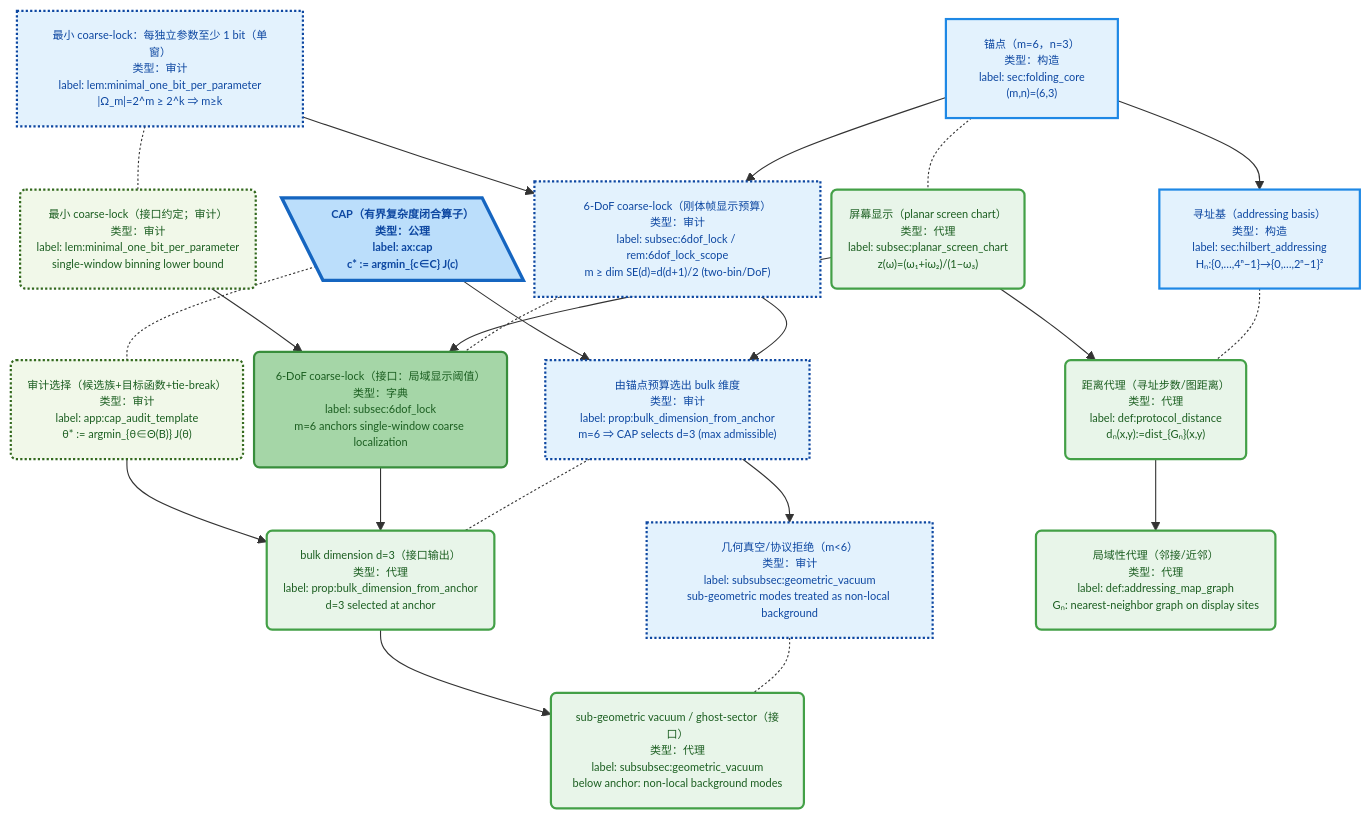
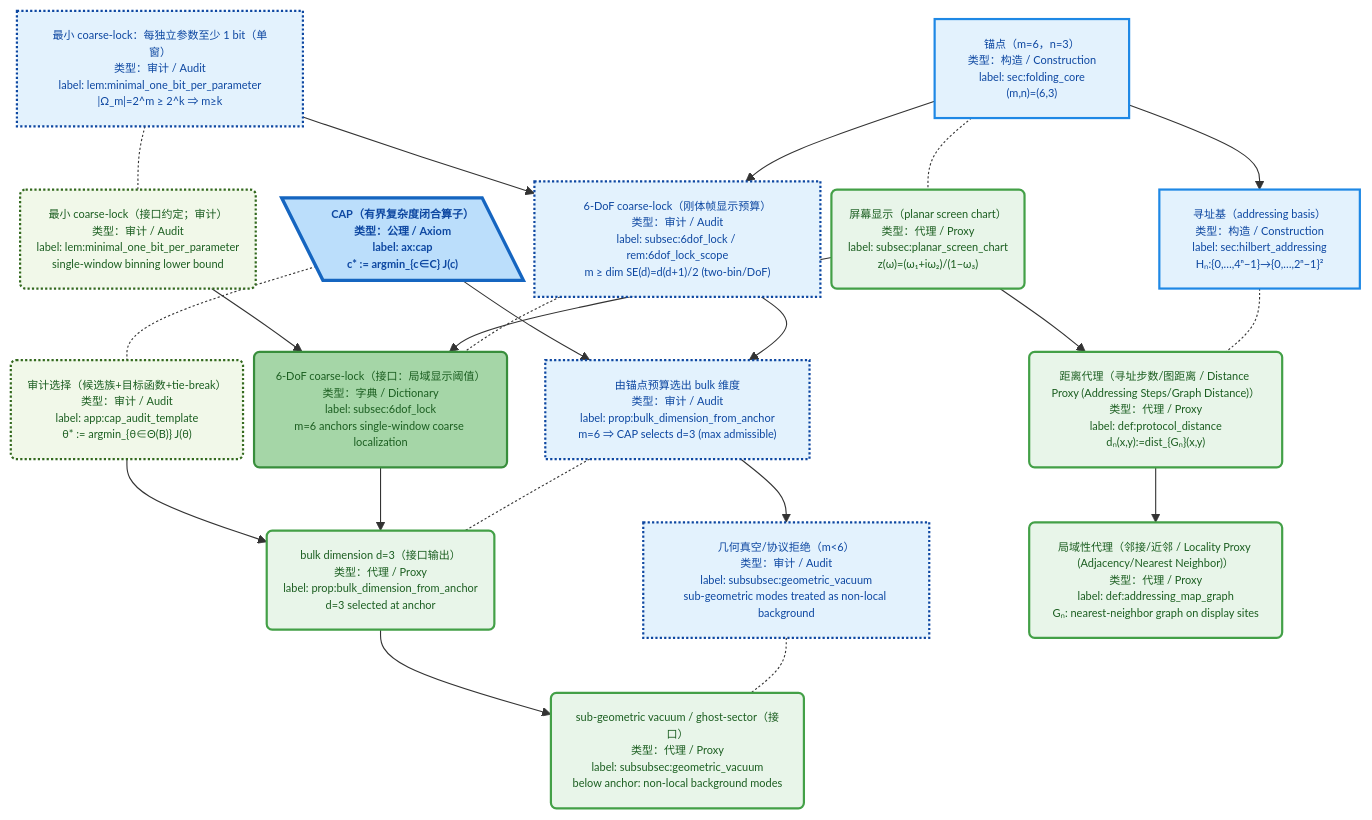
One commit to loning/the-omega changed the third of 11 diagrams in docs/papers/2025_z128_standard_model_stable_sector_hpa_omega/architecture_dag.md. Above: the diagram before and after it, drawn with Mermaid. The commit also changed other lines of this file, not shown here.

First line of the commit message:
Update architecture DAG with bilingual terminology and enhanced clarity

````diff
--- a/docs/papers/2025_z128_standard_model_stable_sector_hpa_omega/architecture_dag.md
+++ b/docs/papers/2025_z128_standard_model_stable_sector_hpa_omega/architecture_dag.md
@@ -220,71 +220,71 @@
 ```mermaid
 %%{init: {"maxTextSize": 100000, "flowchart": {"useMaxWidth": false, "nodeSpacing": 10, "rankSpacing": 50}, "themeVariables": {"fontSize": "10px"}}}%%
 flowchart TB
 
-  M_cap@{ shape: lean-l, label: "CAP（有界复杂度闭合算子）<br/>类型：公理<br/>label: ax:cap<br/>c* := argmin_{c∈C} J(c)" }
-  P_select("审计选择（候选族+目标函数+tie-break）<br/>类型：审计<br/>label: app:cap_audit_template<br/>θ* := argmin_{θ∈Θ(B)} J(θ)")
+  M_cap@{ shape: lean-l, label: "CAP（有界复杂度闭合算子）<br/>类型：公理 / Axiom<br/>label: ax:cap<br/>c* := argmin_{c∈C} J(c)" }
+  P_select("审计选择（候选族+目标函数+tie-break）<br/>类型：审计 / Audit<br/>label: app:cap_audit_template<br/>θ* := argmin_{θ∈Θ(B)} J(θ)")
   M_cap -.- P_select
 
-  M_anchor["锚点（m=6，n=3）<br/>类型：构造<br/>label: sec:folding_core<br/>(m,n)=(6,3)"]
-  P_screen("屏幕显示（planar screen chart）<br/>类型：代理<br/>label: subsec:planar_screen_chart<br/>z(ω)=(ω₁+iω₂)/(1−ω₃)")
+  M_anchor["锚点（m=6，n=3）<br/>类型：构造 / Construction<br/>label: sec:folding_core<br/>(m,n)=(6,3)"]
+  P_screen("屏幕显示（planar screen chart）<br/>类型：代理 / Proxy<br/>label: subsec:planar_screen_chart<br/>z(ω)=(ω₁+iω₂)/(1−ω₃)")
   M_anchor -.- P_screen
 
-  M_min_coarse_lock["最小 coarse-lock：每独立参数至少 1 bit（单窗）<br/>类型：审计<br/>label: lem:minimal_one_bit_per_parameter<br/>|Ω_m|=2^m ≥ 2^k ⇒ m≥k"]
-  P_min_coarse_lock("最小 coarse-lock（接口约定；审计）<br/>类型：审计<br/>label: lem:minimal_one_bit_per_parameter<br/>single-window binning lower bound")
+  M_min_coarse_lock["最小 coarse-lock：每独立参数至少 1 bit（单窗）<br/>类型：审计 / Audit<br/>label: lem:minimal_one_bit_per_parameter<br/>|Ω_m|=2^m ≥ 2^k ⇒ m≥k"]
+  P_min_coarse_lock("最小 coarse-lock（接口约定；审计）<br/>类型：审计 / Audit<br/>label: lem:minimal_one_bit_per_parameter<br/>single-window binning lower bound")
   M_min_coarse_lock -.- P_min_coarse_lock
 
-  M_6dof_lock["6-DoF coarse-lock（刚体帧显示预算）<br/>类型：审计<br/>label: subsec:6dof_lock / rem:6dof_lock_scope<br/>m ≥ dim SE(d)=d(d+1)/2 (two-bin/DoF)"]
-  P_6dof_lock("6-DoF coarse-lock（接口：局域显示阈值）<br/>类型：字典<br/>label: subsec:6dof_lock<br/>m=6 anchors single-window coarse localization")
+  M_6dof_lock["6-DoF coarse-lock（刚体帧显示预算）<br/>类型：审计 / Audit<br/>label: subsec:6dof_lock / rem:6dof_lock_scope<br/>m ≥ dim SE(d)=d(d+1)/2 (two-bin/DoF)"]
+  P_6dof_lock("6-DoF coarse-lock（接口：局域显示阈值）<br/>类型：字典 / Dictionary<br/>label: subsec:6dof_lock<br/>m=6 anchors single-window coarse localization")
   M_6dof_lock -.- P_6dof_lock
 
-  M_bulk_dim["由锚点预算选出 bulk 维度<br/>类型：审计<br/>label: prop:bulk_dimension_from_anchor<br/>m=6 ⇒ CAP selects d=3 (max admissible)"]
-  P_bulk_dim("bulk dimension d=3（接口输出）<br/>类型：代理<br/>label: prop:bulk_dimension_from_anchor<br/>d=3 selected at anchor")
+  M_bulk_dim["由锚点预算选出 bulk 维度<br/>类型：审计 / Audit<br/>label: prop:bulk_dimension_from_anchor<br/>m=6 ⇒ CAP selects d=3 (max admissible)"]
+  P_bulk_dim("bulk dimension d=3（接口输出）<br/>类型：代理 / Proxy<br/>label: prop:bulk_dimension_from_anchor<br/>d=3 selected at anchor")
   M_bulk_dim -.- P_bulk_dim
 
-  M_geometric_vacuum["几何真空/协议拒绝（m<6）<br/>类型：审计<br/>label: subsubsec:geometric_vacuum<br/>sub-geometric modes treated as non-local background"]
-  P_geometric_vacuum("sub-geometric vacuum / ghost-sector（接口）<br/>类型：代理<br/>label: subsubsec:geometric_vacuum<br/>below anchor: non-local background modes")
+  M_geometric_vacuum["几何真空/协议拒绝（m<6）<br/>类型：审计 / Audit<br/>label: subsubsec:geometric_vacuum<br/>sub-geometric modes treated as non-local background"]
+  P_geometric_vacuum("sub-geometric vacuum / ghost-sector（接口）<br/>类型：代理 / Proxy<br/>label: subsubsec:geometric_vacuum<br/>below anchor: non-local background modes")
   M_geometric_vacuum -.- P_geometric_vacuum
 
-  M_addr["寻址基（addressing basis）<br/>类型：构造<br/>label: sec:hilbert_addressing<br/>Hₙ:{0,…,4ⁿ−1}→{0,…,2ⁿ−1}²"]
-  P_addr("距离代理（寻址步数/图距离）<br/>类型：代理<br/>label: def:protocol_distance<br/>dₙ(x,y):=dist_{Gₙ}(x,y)")
+  M_addr["寻址基（addressing basis）<br/>类型：构造 / Construction<br/>label: sec:hilbert_addressing<br/>Hₙ:{0,…,4ⁿ−1}→{0,…,2ⁿ−1}²"]
+  P_addr("距离代理（寻址步数/图距离 / Distance Proxy (Addressing Steps/Graph Distance)）<br/>类型：代理 / Proxy<br/>label: def:protocol_distance<br/>dₙ(x,y):=dist_{Gₙ}(x,y)")
   M_addr -.- P_addr
 
-  P_local("局域性代理（邻接/近邻）<br/>类型：代理<br/>label: def:addressing_map_graph<br/>Gₙ: nearest-neighbor graph on display sites")
+  P_local("局域性代理（邻接/近邻 / Locality Proxy (Adjacency/Nearest Neighbor)）<br/>类型：代理 / Proxy<br/>label: def:addressing_map_graph<br/>Gₙ: nearest-neighbor graph on display sites")
 
   M_anchor --> M_6dof_lock --> M_bulk_dim --> M_geometric_vacuum
   M_min_coarse_lock --> M_6dof_lock
   M_cap --> M_bulk_dim
 
   P_screen --> P_6dof_lock
   P_min_coarse_lock --> P_6dof_lock
   P_6dof_lock --> P_bulk_dim --> P_geometric_vacuum
   P_select --> P_bulk_dim
 
   M_anchor --> M_addr
   P_screen --> P_addr
 
   P_addr --> P_local
 
   classDef iface fill:#FCE4EC,stroke:#D81B60,color:#880E4F,stroke-width:2px;
   classDef open_problem fill:#FFEBEE,stroke:#C62828,color:#B71C1C,stroke-width:2px,font-weight:700;
   classDef not_closed fill:#FFF3E0,stroke:#EF6C00,color:#E65100,stroke-width:2px;
   classDef scope_gap fill:#EEEEEE,stroke:#616161,color:#212121,stroke-width:2px,stroke-dasharray: 2 2;
   classDef math_axiom fill:#BBDEFB,stroke:#1565C0,color:#0D47A1,stroke-width:3px,font-weight:700;
   classDef math_construct fill:#E3F2FD,stroke:#1E88E5,color:#0D47A1,stroke-width:2px;
   classDef math_closure fill:#90CAF9,stroke:#1976D2,color:#0D47A1,stroke-width:2px;
   classDef math_cont fill:#E1F5FE,stroke:#039BE5,color:#01579B,stroke-width:2px;
   classDef math_assumption fill:#E3F2FD,stroke:#1E88E5,color:#0D47A1,stroke-width:2px,stroke-dasharray: 6 3;
   classDef math_audit fill:#E3F2FD,stroke:#0D47A1,color:#0D47A1,stroke-width:2px,stroke-dasharray: 2 2;
   classDef phys_proxy fill:#E8F5E9,stroke:#43A047,color:#1B5E20,stroke-width:2px;
   classDef phys_obs fill:#C8E6C9,stroke:#2E7D32,color:#1B5E20,stroke-width:2px,font-weight:700;
   classDef phys_dict fill:#A5D6A7,stroke:#388E3C,color:#1B5E20,stroke-width:2px;
   classDef phys_model fill:#F1F8E9,stroke:#558B2F,color:#1B5E20,stroke-width:2px;
   classDef phys_audit fill:#F1F8E9,stroke:#33691E,color:#1B5E20,stroke-width:2px,stroke-dasharray: 2 2;
 
   class M_cap math_axiom;
   class M_anchor,M_addr math_construct;
   class M_min_coarse_lock,M_6dof_lock,M_bulk_dim,M_geometric_vacuum math_audit;
   class P_screen,P_addr,P_local,P_bulk_dim,P_geometric_vacuum phys_proxy;
   class P_6dof_lock phys_dict;
   class P_select,P_min_coarse_lock phys_audit;
 ```
````
